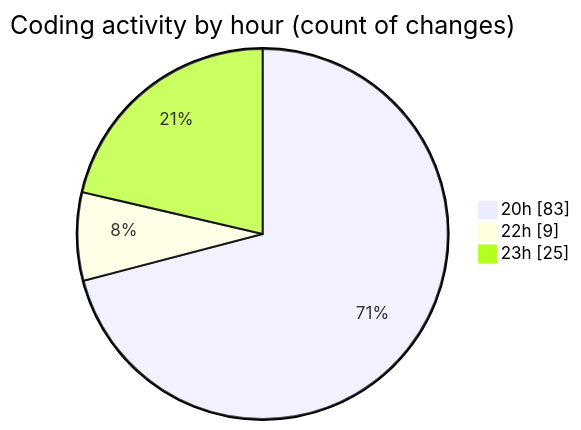
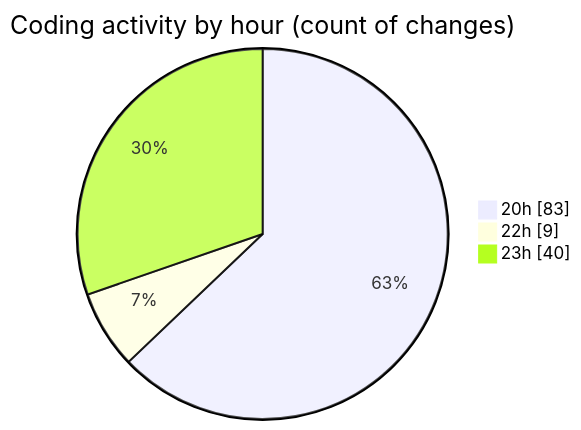
The second of 2 diagrams in 2025-07-26/javascript/README.md (Ritupan-Deka/code-tracking), drawn with Mermaid before and after one commit. The commit also changed other lines of this file and 1 other file, not shown here.

````diff
--- a/2025-07-26/javascript/README.md
+++ b/2025-07-26/javascript/README.md
@@ -29,7 +29,7 @@
 ```mermaid
 pie showData
 title Coding activity by hour (count of changes)
 "20h" : 83
 "22h" : 9
-"23h" : 25
+"23h" : 40
 ```
````
